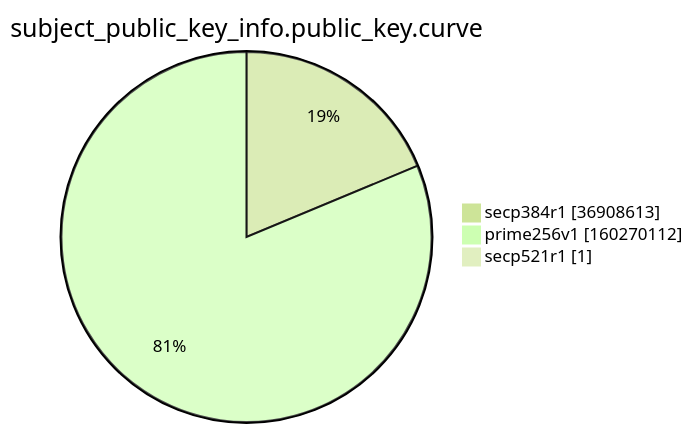
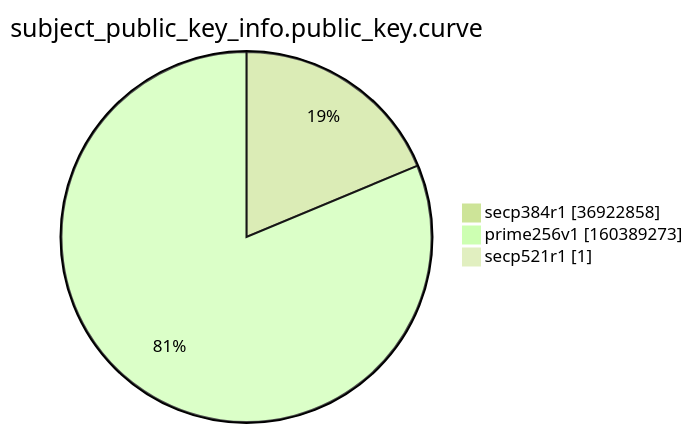
Before and after one commit to christiankrug/ctmonitor_visualization: the ninth of 15 diagrams in argon2022/README.md, drawn with Mermaid (forest theme). The commit also changed other lines of this file, not shown here.

````diff
--- a/argon2022/README.md
+++ b/argon2022/README.md
@@ -2766,7 +2766,7 @@
 ```mermaid
 pie showData
 title subject_public_key_info.public_key.curve
-"secp384r1" :36908613
-"prime256v1" :160270112
+"secp384r1" :36922858
+"prime256v1" :160389273
 "secp521r1" :1
 ```
````
